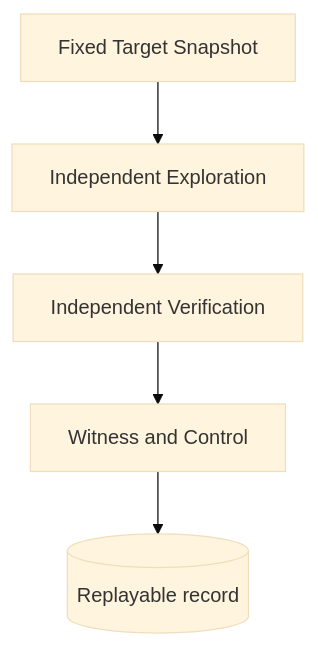
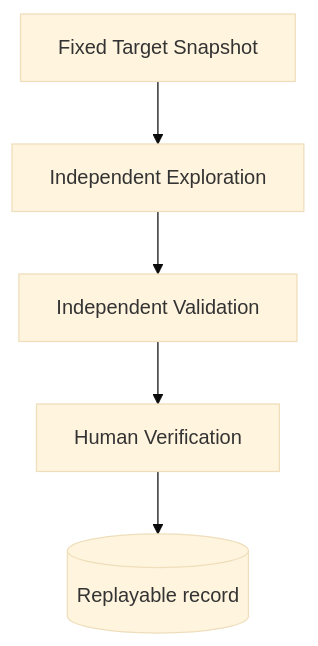
Before and after one commit to momoponwork1415-lgtm/wordpress-harness: the second of 8 diagrams in docs/design/roadmap.md, drawn with Mermaid (base theme). The commit also changed other lines of this file and 25 other files, not shown here.

Commit message:
Define source validation and human verification

````diff
--- a/docs/design/roadmap.md
+++ b/docs/design/roadmap.md
@@ -29,10 +29,10 @@
 ```mermaid
 flowchart TB
     target["Fixed Target Snapshot"]
     explore["Independent Exploration"]
-    verify["Independent Verification"]
-    evidence["Witness and Control"]
+    validate["Independent Validation"]
+    human["Human Verification"]
     record[("Replayable record")]
 
-    target --> explore --> verify --> evidence --> record
+    target --> explore --> validate --> human --> record
 ```
````
